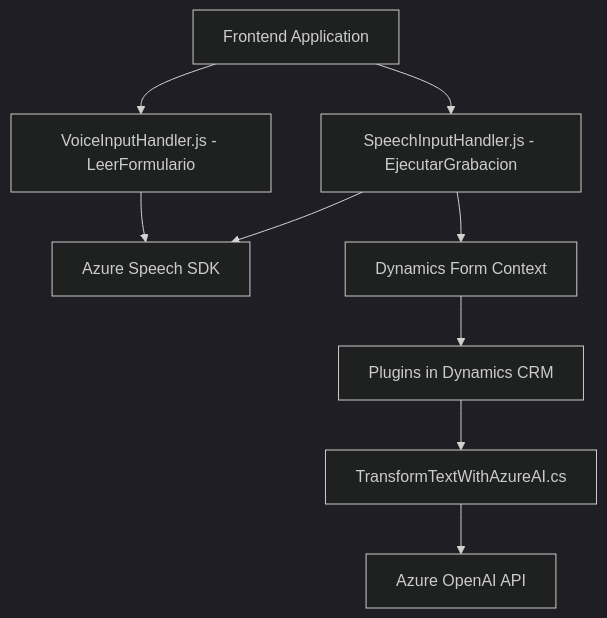
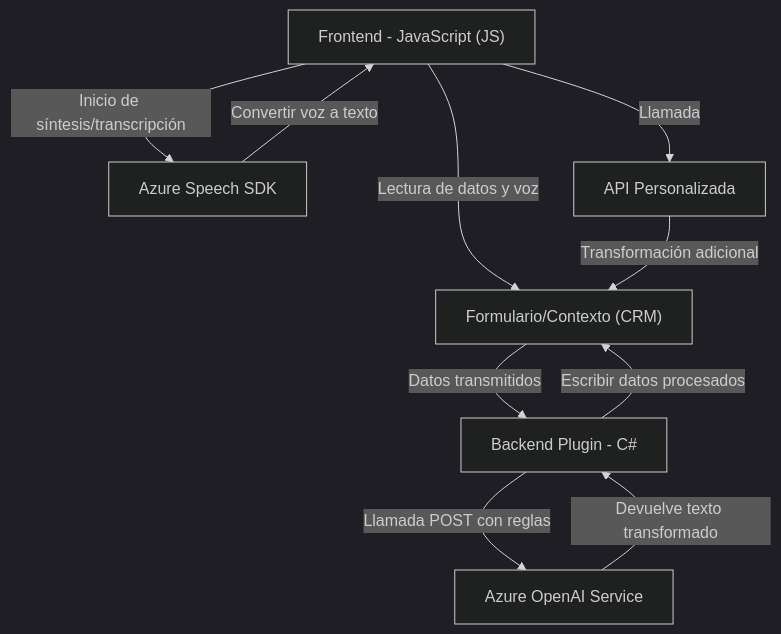
Before and after one commit to blopezdm/NETCORE_BILBAO2025: the diagram in README.md, drawn with Mermaid (dark theme). The commit also changed other lines of this file, not shown here.

Commit message:
Actualizar análisis global de la solución con IA

````diff
--- a/README.md
+++ b/README.md
@@ -19,20 +62,19 @@
 ```mermaid
 graph TD
-    A["Frontend Application"]
-    B["VoiceInputHandler.js - LeerFormulario"]
-    C["SpeechInputHandler.js - EjecutarGrabacion"]
-    D["Azure Speech SDK"]
-    E["Dynamics Form Context"]
-    F["Plugins in Dynamics CRM"]
-    G1["TransformTextWithAzureAI.cs"]
-    H["Azure OpenAI API"]
-
-    A --> B
-    A --> C
-    B --> D
-    C --> D
-    C --> E
-    E --> F
-    F --> G1
-    G1 --> H
+  A["Frontend - JavaScript (JS)"]
+  B["Backend Plugin - C#"]
+  C["Azure Speech SDK"]
+  D["Azure OpenAI Service"]
+  E["Formulario/Contexto (CRM)"]
+  F["API Personalizada"]
+  
+  A -->|Lectura de datos y voz| E
+  E -->|Datos transmitidos| B
+  A -->|Inicio de síntesis/transcripción| C
+  C -->|Convertir voz a texto| A
+  A -->|Llamada| F
+  F -->|Transformación adicional| E
+  B -->|Llamada POST con reglas| D
+  D -->|Devuelve texto transformado| B
+  B -->|Escribir datos procesados| E
 ```
````
